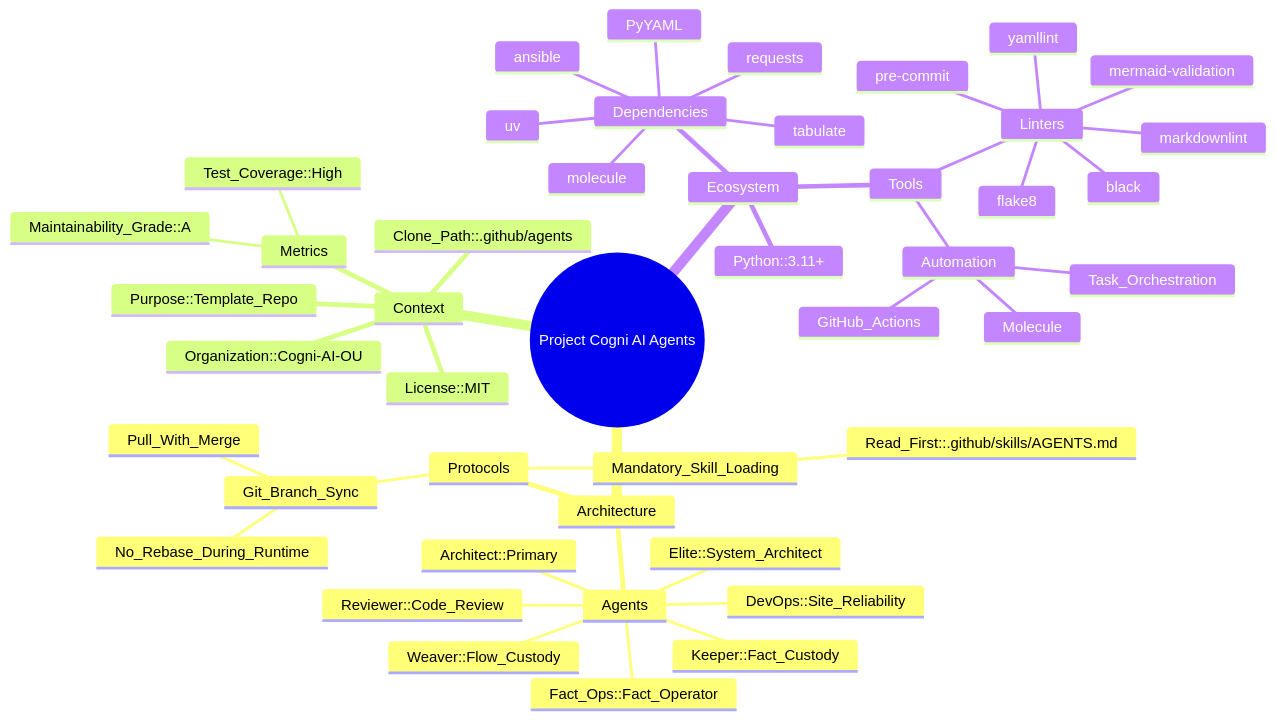
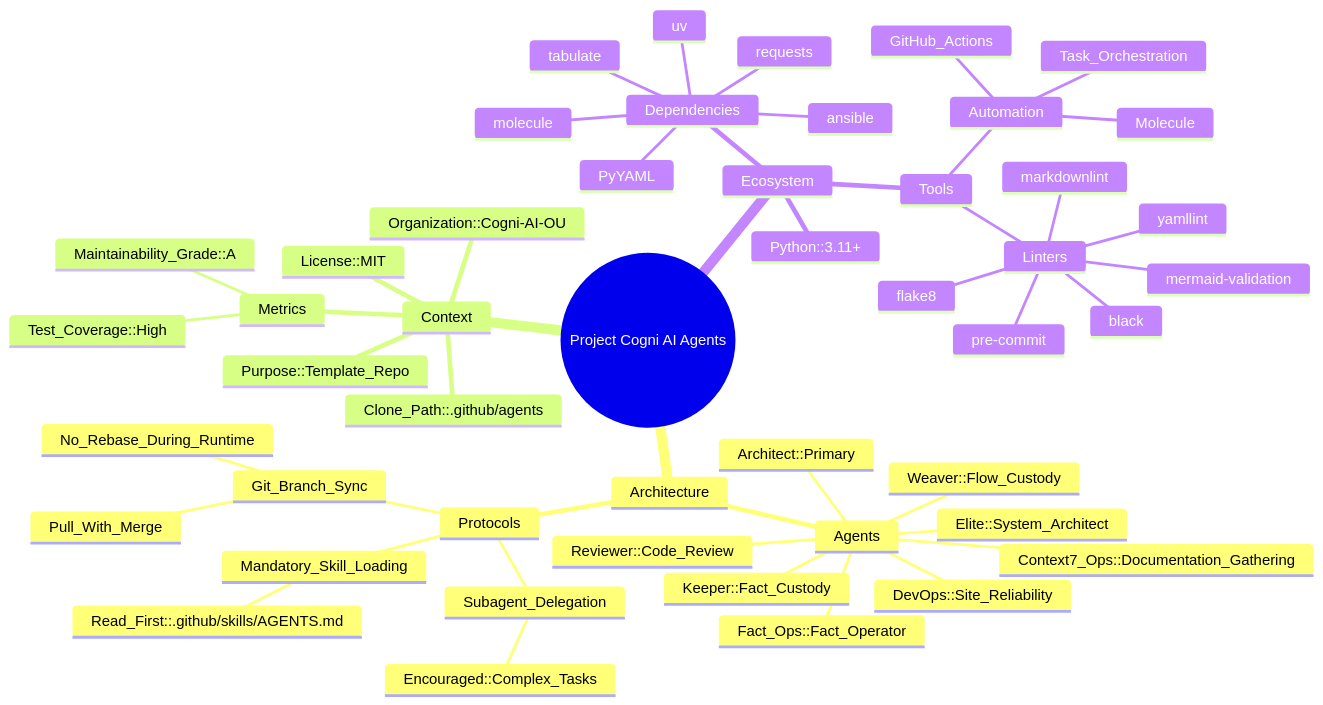
Before and after one commit to Cogni-AI-OU/cogni-ai-agents: the diagram in FACTS.mmd, drawn with Mermaid. The commit also changed 3 other files, not shown here.

```diff
--- a/FACTS.mmd
+++ b/FACTS.mmd
@@ -1,48 +1,52 @@
 %% Project's facts
 %% Note: Keep items in alphabetical order.
 mindmap
   root((Project Cogni AI Agents))
     Architecture
       Agents
         Architect::Primary
+        Context7_Ops::Documentation_Gathering
         DevOps::Site_Reliability
         Elite::System_Architect
         Fact_Ops::Fact_Operator
         Keeper::Fact_Custody
         Reviewer::Code_Review
         Weaver::Flow_Custody
       Protocols
         Git_Branch_Sync
           No_Rebase_During_Runtime
           Pull_With_Merge
         Mandatory_Skill_Loading
           Read_First::.github/skills/AGENTS.md
+        Subagent_Delegation
+          Encouraged::Complex_Tasks
+
     Context
       Clone_Path::.github/agents
       License::MIT
       Metrics
         Maintainability_Grade::A
         Test_Coverage::High
       Organization::Cogni-AI-OU
       Purpose::Template_Repo
     Ecosystem
       Dependencies
         PyYAML
         ansible
         molecule
         requests
         tabulate
         uv
       Python::3.11+
       Tools
         Automation
           GitHub_Actions
           Molecule
           Task_Orchestration
         Linters
           black
           flake8
           markdownlint
           mermaid-validation
           pre-commit
           yamllint
```
